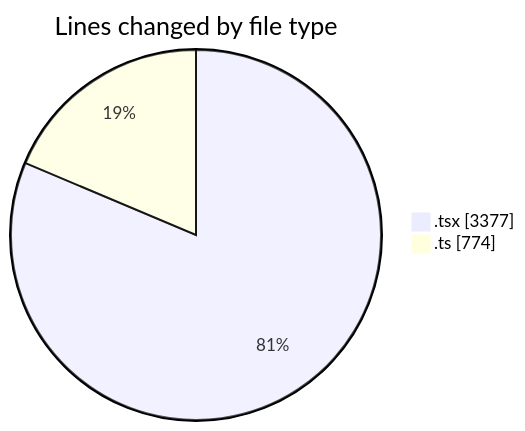
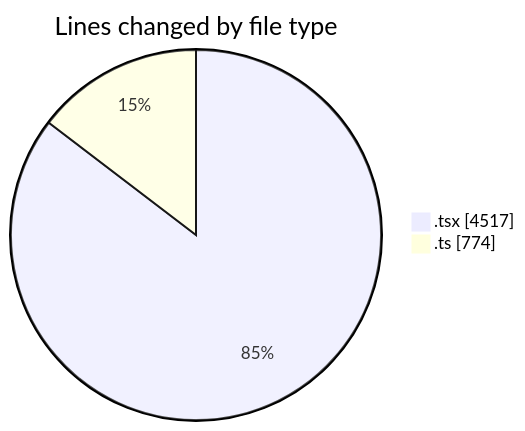
The first of 2 diagrams in 2026-04-03/nxtqube_webapp/README.md (nxtqubesakshisongat/code-tracking), drawn with Mermaid before and after one commit. The commit also changed other lines of this file and 1 other file, not shown here.

````diff
--- a/2026-04-03/nxtqube_webapp/README.md
+++ b/2026-04-03/nxtqube_webapp/README.md
@@ -24,6 +25,6 @@
 ```mermaid
 pie showData
 title Lines changed by file type
-".tsx" : 3377
+".tsx" : 4517
 ".ts" : 774
 ```
````
